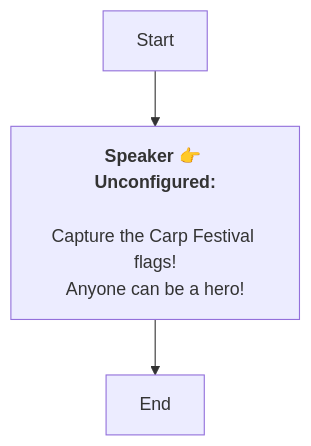
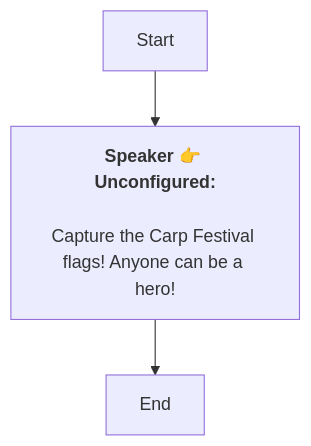
Before and after one commit to SoftHu/tos_avg: the diagram in En/Dialog_54729890753122.md, drawn with Mermaid. The commit also changed 199 other files, not shown here.

````diff
--- a/En/Dialog_54729890753122.md
+++ b/En/Dialog_54729890753122.md
@@ -1,9 +1,8 @@
 ```mermaid
 graph
 Start -->1751356553502259[<b>Speaker 👉 Unconfigured:</b>
 
-Capture the Carp Festival flags!
-Anyone can be a hero!]
+Capture the Carp Festival flags! Anyone can be a hero!]
 1751356553502259 -->1751356556630580[End]
 
  ```
````
